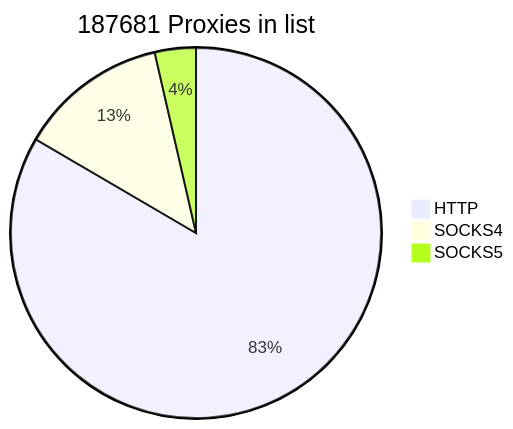
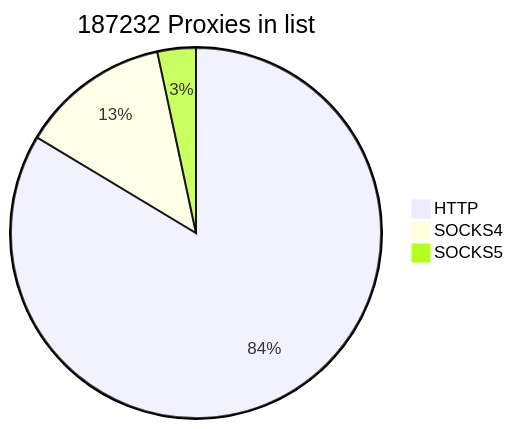
Before and after one commit to cutipu/proxylist: the first of 2 diagrams in README.md, drawn with Mermaid. The commit also changed other lines of this file, not shown here.

````diff
--- a/README.md
+++ b/README.md
@@ -2,7 +2,7 @@
 ```mermaid
-pie title 187681 Proxies in list
+pie title 187232 Proxies in list
     "HTTP" : 156549
     "SOCKS4" : 24407
-    "SOCKS5" : 6725
+    "SOCKS5" : 6276
             
 ```
````
